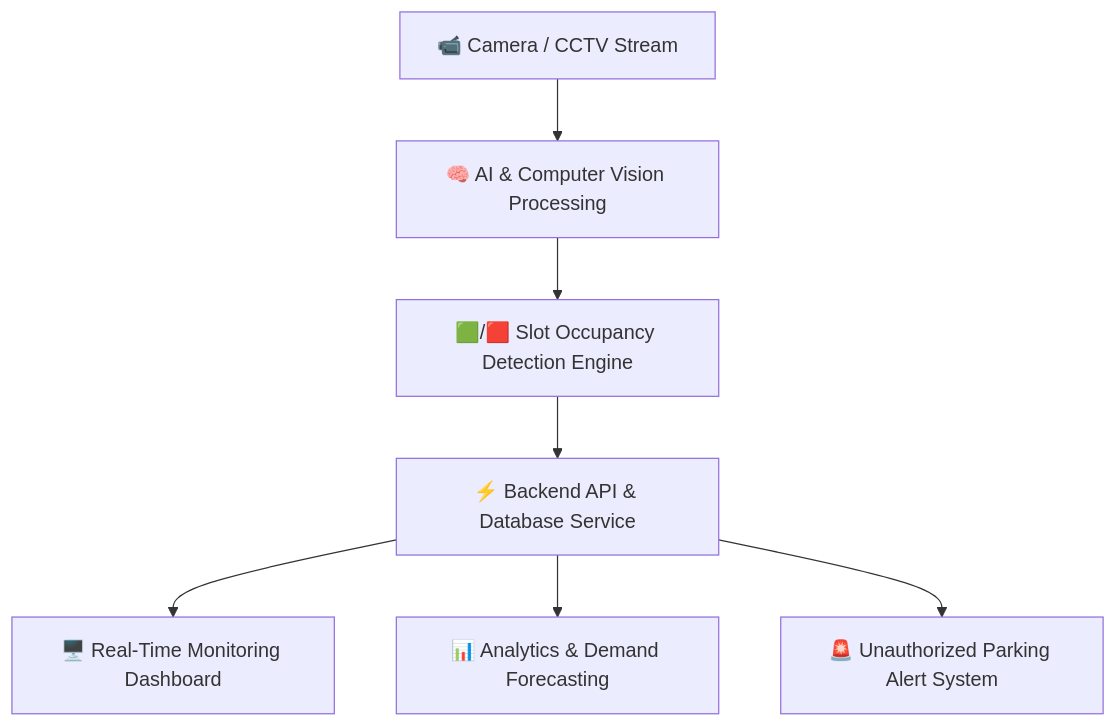
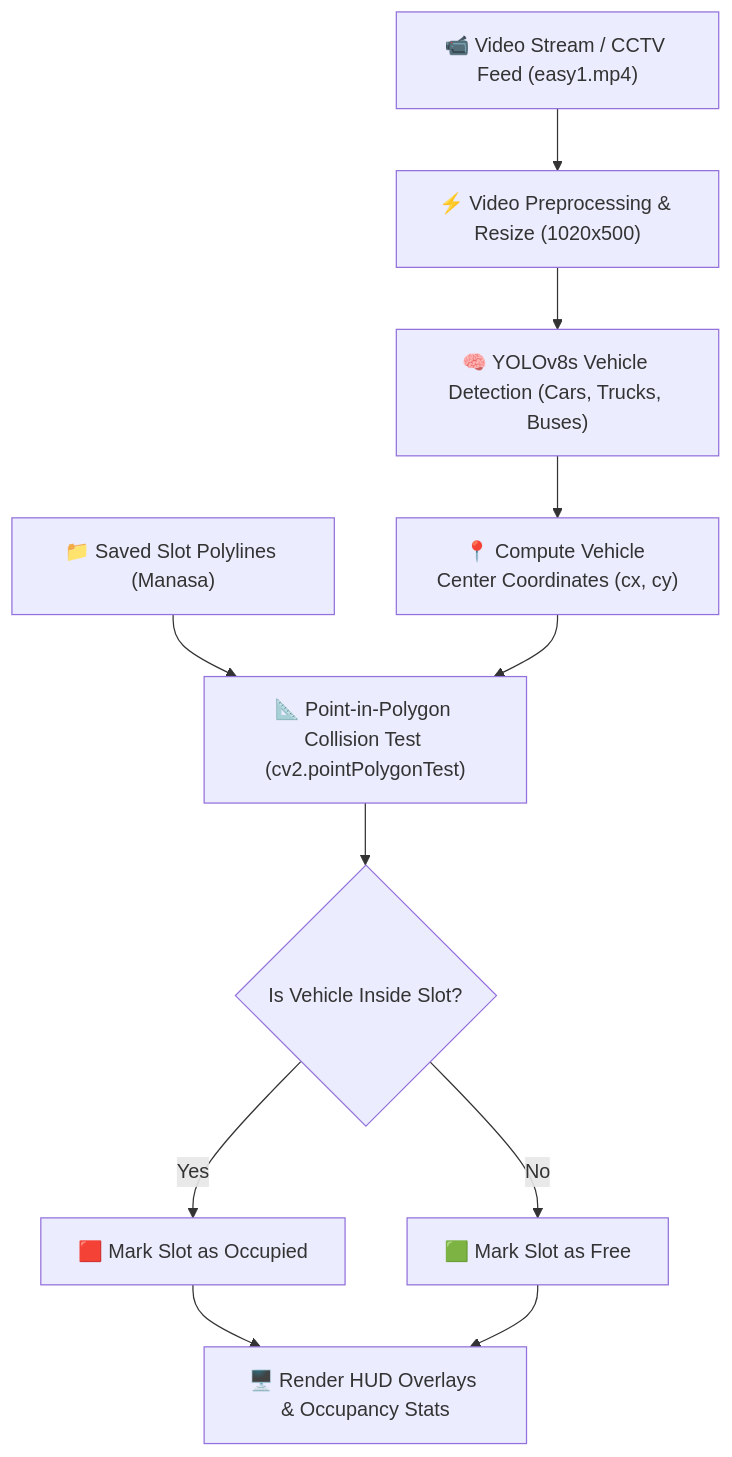
One commit to DiVYA1136/Spot-Sense changed the diagram in README.md. Above: the diagram before and after it, drawn with Mermaid. The commit also changed other lines of this file, not shown here.

Commit message:
docs: Expand README with detailed architecture and setup instructions

````diff
--- a/README.md
+++ b/README.md
@@ -69,9 +55,13 @@
 ```mermaid
 graph TD
-    A["📹 Camera / CCTV Stream"] --> B["🧠 AI & Computer Vision Processing"]
-    B --> C["🟩/🟥 Slot Occupancy Detection Engine"]
-    C --> D["⚡ Backend API & Database Service"]
-    D --> E["🖥️ Real-Time Monitoring Dashboard"]
-    D --> F["📊 Analytics & Demand Forecasting"]
-    D --> G["🚨 Unauthorized Parking Alert System"]
+    A["📹 Video Stream / CCTV Feed (easy1.mp4)"] --> B["⚡ Video Preprocessing & Resize (1020x500)"]
+    B --> C["🧠 YOLOv8s Vehicle Detection (Cars, Trucks, Buses)"]
+    C --> D["📍 Compute Vehicle Center Coordinates (cx, cy)"]
+    E["📁 Saved Slot Polylines (Manasa)"] --> F["📐 Point-in-Polygon Collision Test (cv2.pointPolygonTest)"]
+    D --> F
+    F --> G{"Is Vehicle Inside Slot?"}
+    G -- Yes --> H["🟥 Mark Slot as Occupied"]
+    G -- No --> I["🟩 Mark Slot as Free"]
+    H --> J["🖥️ Render HUD Overlays & Occupancy Stats"]
+    I --> J
 ```
````
